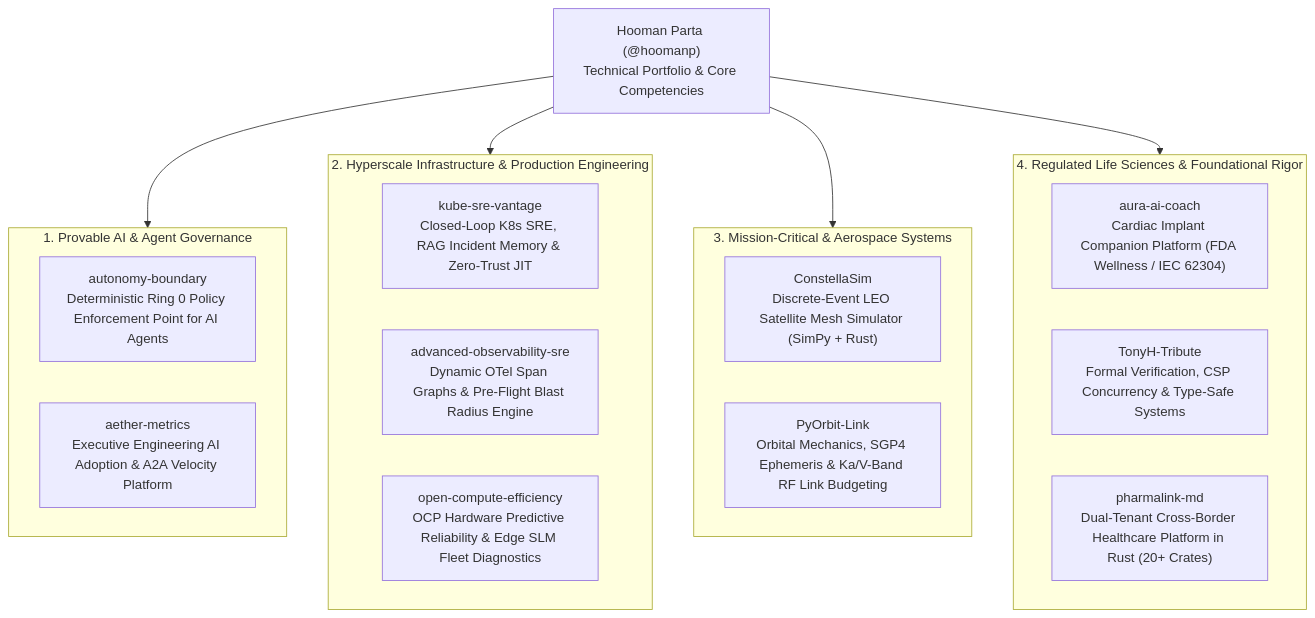
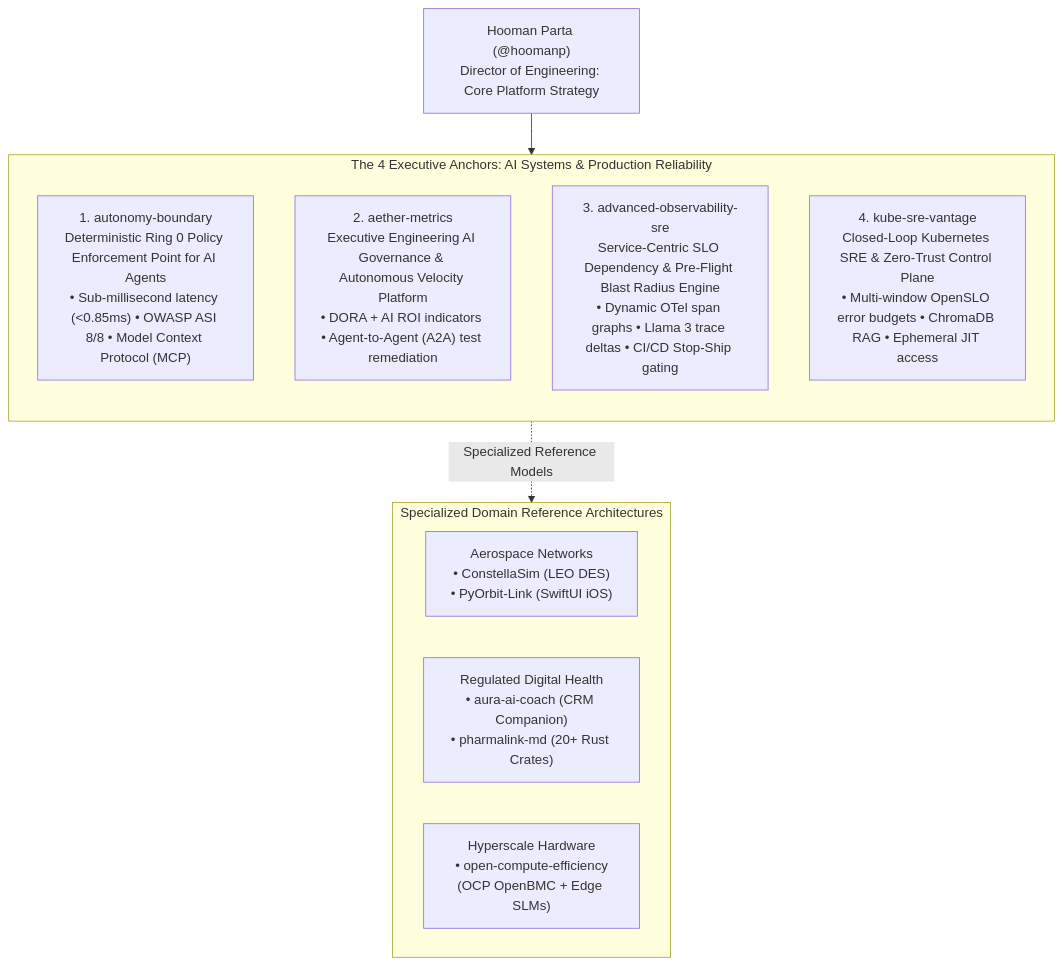
The diagram in README.md (hoomanp/hoomanp), drawn with Mermaid before and after one commit. The commit also changed other lines of this file, not shown here.

Commit message:
docs: elevate executive profile to Director of Engineering with Core 4 pillars and domain reference architectures

````diff
--- a/README.md
+++ b/README.md
@@ -39,31 +39,22 @@
 ```mermaid
 flowchart TD
-    Profile["Hooman Parta (@hoomanp)\nTechnical Portfolio & Core Competencies"]
+    Profile["Hooman Parta (@hoomanp)\nDirector of Engineering: Core Platform Strategy"]
 
-    subgraph Pillar1["1. Provable AI & Agent Governance"]
-        ABF["autonomy-boundary\nDeterministic Ring 0 Policy Enforcement Point for AI Agents"]
-        Aether["aether-metrics\nExecutive Engineering AI Adoption & A2A Velocity Platform"]
+    subgraph CorePillars["The 4 Executive Anchors: AI Systems & Production Reliability"]
+        direction TB
+        ABF["1. autonomy-boundary\nDeterministic Ring 0 Policy Enforcement Point for AI Agents\n• Sub-millisecond latency (<0.85ms) • OWASP ASI 8/8 • Model Context Protocol (MCP)"]
+        Aether["2. aether-metrics\nExecutive Engineering AI Governance & Autonomous Velocity Platform\n• DORA + AI ROI indicators • Agent-to-Agent (A2A) test remediation"]
+        AdvObs["3. advanced-observability-sre\nService-Centric SLO Dependency & Pre-Flight Blast Radius Engine\n• Dynamic OTel span graphs • Llama 3 trace deltas • CI/CD Stop-Ship gating"]
+        KubeSRE["4. kube-sre-vantage\nClosed-Loop Kubernetes SRE & Zero-Trust Control Plane\n• Multi-window OpenSLO error budgets • ChromaDB RAG • Ephemeral JIT access"]
     end
 
-    subgraph Pillar2["2. Hyperscale Infrastructure & Production Engineering"]
-        KubeSRE["kube-sre-vantage\nClosed-Loop K8s SRE, RAG Incident Memory & Zero-Trust JIT"]
-        AdvObs["advanced-observability-sre\nDynamic OTel Span Graphs & Pre-Flight Blast Radius Engine"]
-        OCP["open-compute-efficiency\nOCP Hardware Predictive Reliability & Edge SLM Fleet Diagnostics"]
+    subgraph DomainRefs["Specialized Domain Reference Architectures"]
+        direction LR
+        Space["Aerospace Networks\n• ConstellaSim (LEO DES)\n• PyOrbit-Link (SwiftUI iOS)"]
+        Health["Regulated Digital Health\n• aura-ai-coach (CRM Companion)\n• pharmalink-md (20+ Rust Crates)"]
+        Hardware["Hyperscale Hardware\n• open-compute-efficiency\n(OCP OpenBMC + Edge SLMs)"]
     end
 
-    subgraph Pillar3["3. Mission-Critical & Aerospace Systems"]
-        Constella["ConstellaSim\nDiscrete-Event LEO Satellite Mesh Simulator (SimPy + Rust)"]
-        PyOrbit["PyOrbit-Link\nOrbital Mechanics, SGP4 Ephemeris & Ka/V-Band RF Link Budgeting"]
-    end
-
-    subgraph Pillar4["4. Regulated Life Sciences & Foundational Rigor"]
-        Aura["aura-ai-coach\nCardiac Implant Companion Platform (FDA Wellness / IEC 62304)"]
-        TonyH["TonyH-Tribute\nFormal Verification, CSP Concurrency & Type-Safe Systems"]
-        PLMD["pharmalink-md\nDual-Tenant Cross-Border Healthcare Platform in Rust (20+ Crates)"]
-    end
-
-    Profile --> Pillar1
-    Profile --> Pillar2
-    Profile --> Pillar3
-    Profile --> Pillar4
+    Profile --> CorePillars
+    CorePillars -.->|Specialized Reference Models| DomainRefs
 ```
````
